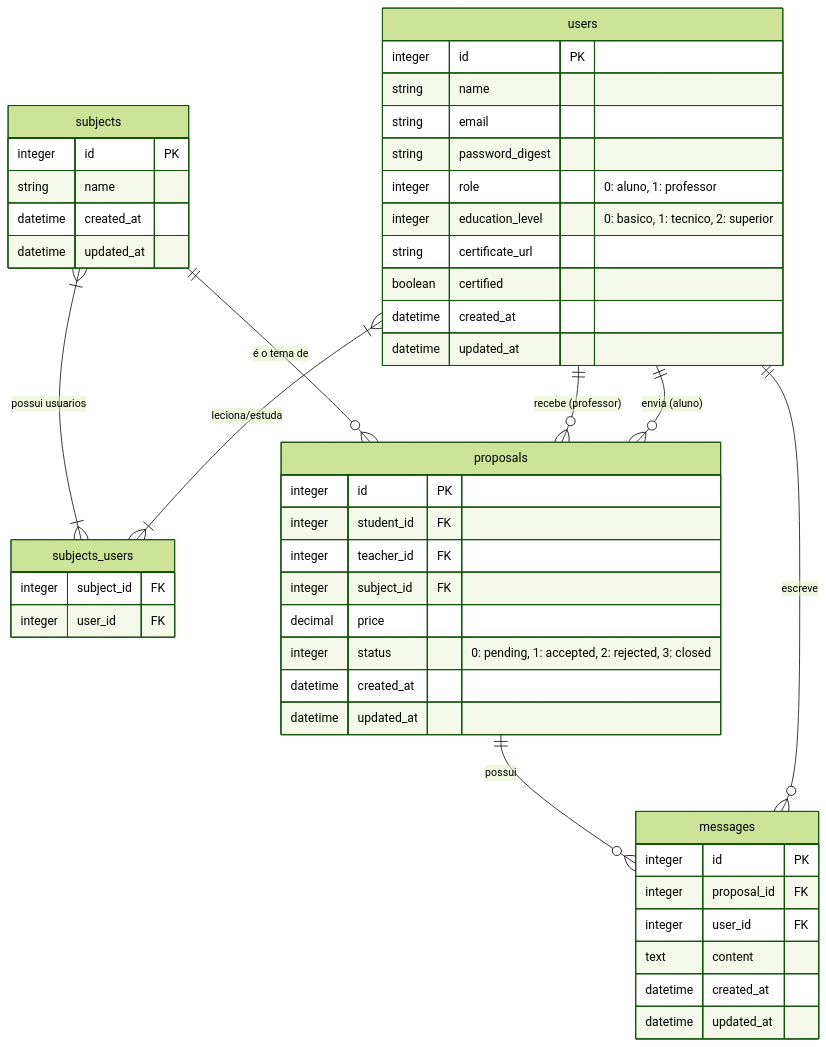
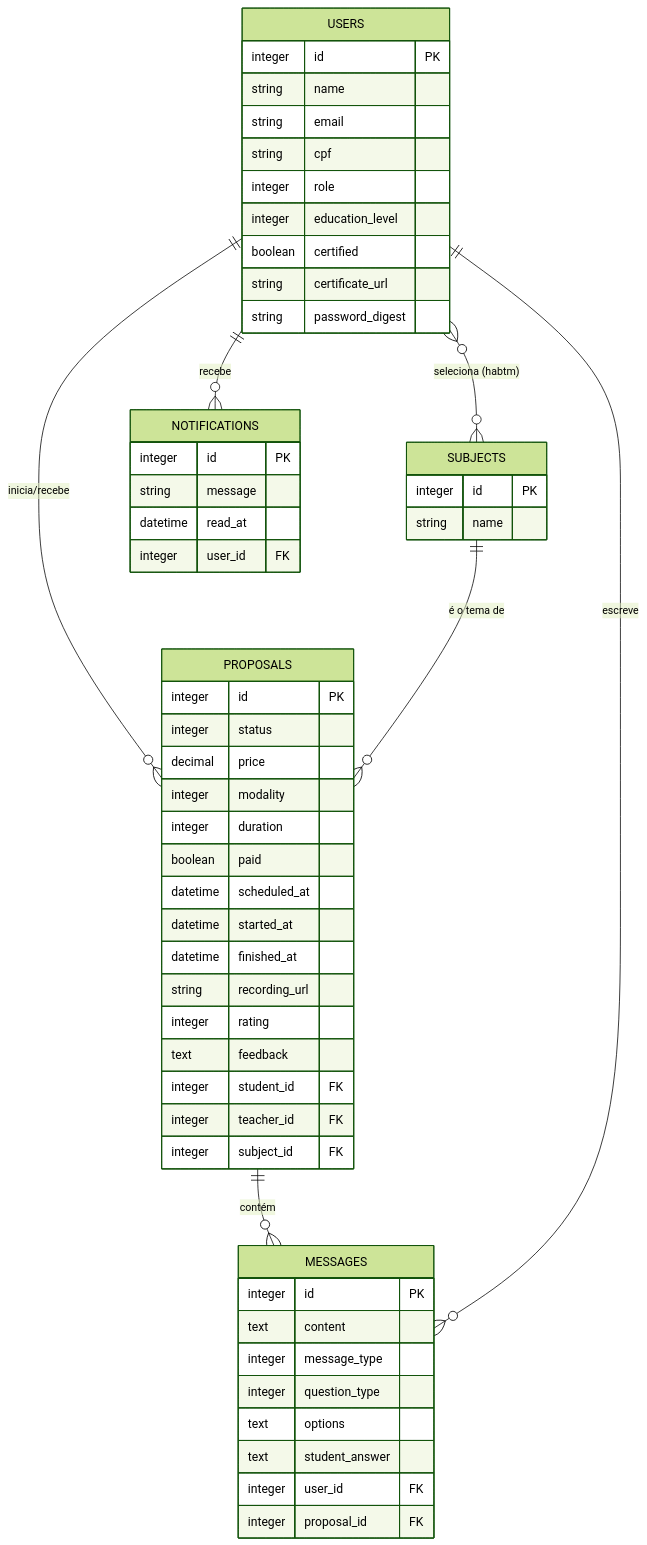
The diagram in README.md (VitorPierre/projeto-hacka-2), drawn with Mermaid (forest theme) before and after one commit. The commit also changed other lines of this file and 29 other files, not shown here.

````diff
--- a/README.md
+++ b/README.md
@@ -64,55 +98,58 @@
 ```mermaid
 erDiagram
-    users {
+    USERS {
         integer id PK
         string name
         string email
+        string cpf
+        integer role
+        integer education_level
+        boolean certified
+        string certificate_url
         string password_digest
-        integer role "0: aluno, 1: professor"
-        integer education_level "0: basico, 1: tecnico, 2: superior"
-        string certificate_url
-        boolean certified
-        datetime created_at
-        datetime updated_at
     }
-    
-    subjects {
+    SUBJECTS {
         integer id PK
         string name
-        datetime created_at
-        datetime updated_at
     }
-    
-    subjects_users {
+    PROPOSALS {
+        integer id PK
+        integer status
+        decimal price
+        integer modality
+        integer duration
+        boolean paid
+        datetime scheduled_at
+        datetime started_at
+        datetime finished_at
+        string recording_url
+        integer rating
+        text feedback
+        integer student_id FK
+        integer teacher_id FK
         integer subject_id FK
+    }
+    MESSAGES {
+        integer id PK
+        text content
+        integer message_type
+        integer question_type
+        text options
+        text student_answer
+        integer user_id FK
+        integer proposal_id FK
+    }
+    NOTIFICATIONS {
+        integer id PK
+        string message
+        datetime read_at
         integer user_id FK
     }
 
-    proposals {
-        integer id PK
-        integer student_id FK
-        integer teacher_id FK
-        integer subject_id FK
-        decimal price
-        integer status "0: pending, 1: accepted, 2: rejected, 3: closed"
-        datetime created_at
-        datetime updated_at
-    }
-
-    messages {
-        integer id PK
-        integer proposal_id FK
-        integer user_id FK
-        text content
-        datetime created_at
-        datetime updated_at
-    }
-
-    users ||--o{ proposals : "envia (aluno)"
-    users ||--o{ proposals : "recebe (professor)"
-    users ||--o{ messages : "escreve"
-    proposals ||--o{ messages : "possui"
-    subjects ||--o{ proposals : "é o tema de"
-    users }|--|{ subjects_users : "leciona/estuda"
-    subjects }|--|{ subjects_users : "possui usuarios"
+    USERS ||--o{ PROPOSALS : "inicia/recebe"
+    USERS }o--o{ SUBJECTS : "seleciona (habtm)"
+    SUBJECTS ||--o{ PROPOSALS : "é o tema de"
+    PROPOSALS ||--o{ MESSAGES : "contém"
+    USERS ||--o{ MESSAGES : "escreve"
+    USERS ||--o{ NOTIFICATIONS : "recebe"
 ```
````
